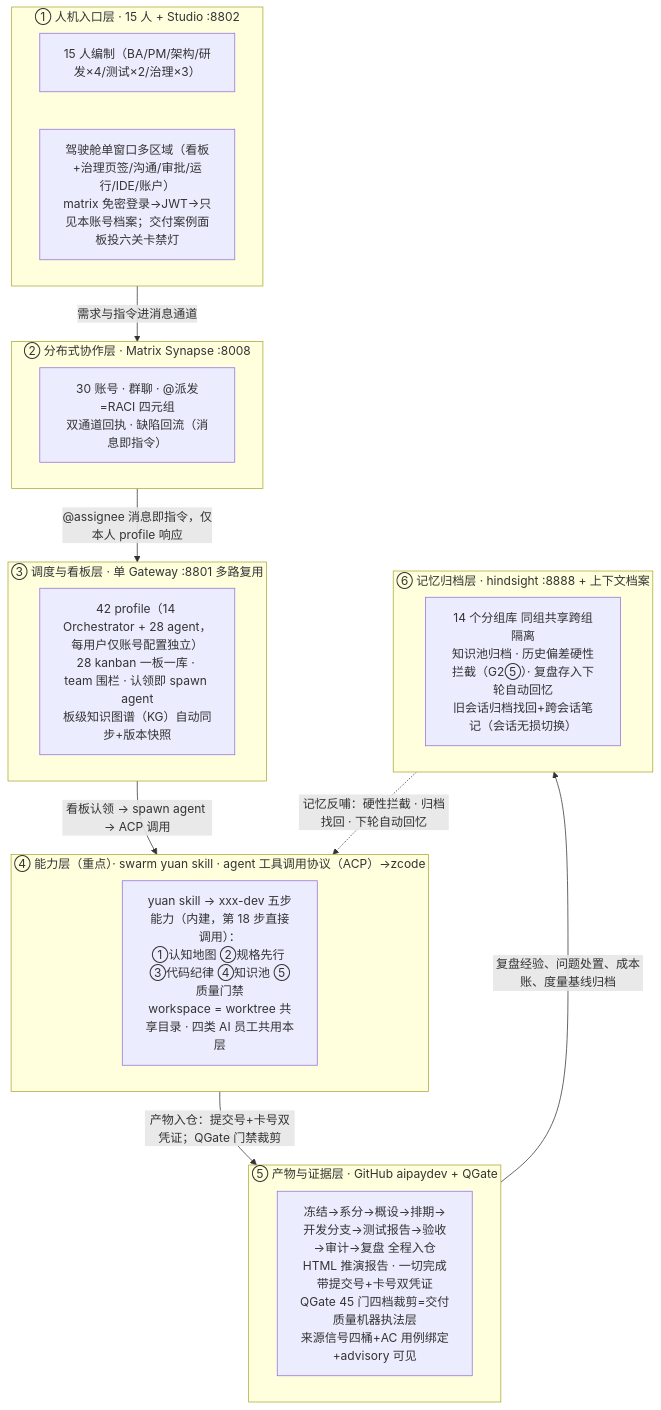
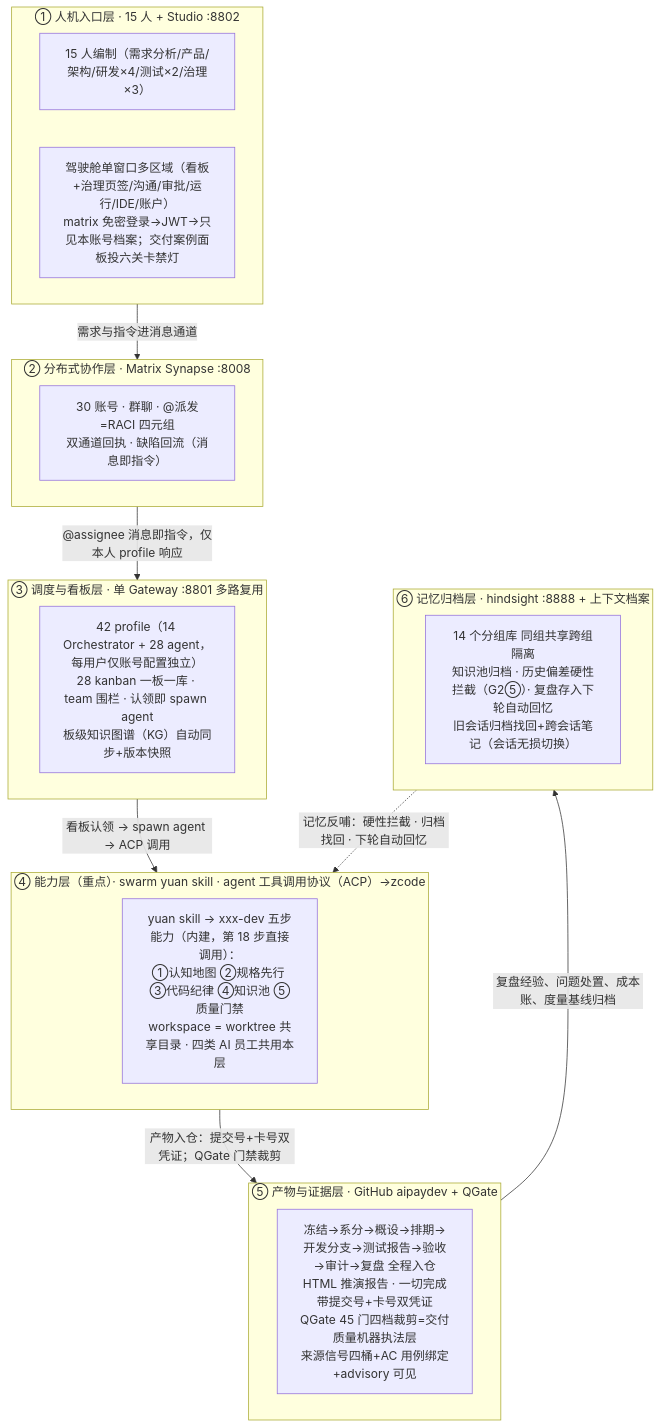
The third of 4 diagrams in docs/superpowers/specs/2026-10-05-mux-v8-fullflow-plan.md (issac-new/SwarmStudio), drawn with Mermaid before and after one commit. The commit also changed other lines of this file, not shown here.

````diff
--- a/docs/superpowers/specs/2026-10-05-mux-v8-fullflow-plan.md
+++ b/docs/superpowers/specs/2026-10-05-mux-v8-fullflow-plan.md
@@ -187,28 +187,28 @@
 ```mermaid
 graph TB
     subgraph L1["① 人机入口层 · 15 人 + Studio :8802"]
-        U["15 人编制（BA/PM/架构/研发×4/测试×2/治理×3）"]
+        U["15 人编制（需求分析/产品/架构/研发×4/测试×2/治理×3）"]
         ST["驾驶舱单窗口多区域（看板+治理页签/沟通/审批/运行/IDE/账户）<br/>matrix 免密登录→JWT→只见本账号档案；交付案例面板投六关卡禁灯"]
     end
     subgraph L2["② 分布式协作层 · Matrix Synapse :8008"]
         MX["30 账号 · 群聊 · @派发=RACI 四元组<br/>双通道回执 · 缺陷回流（消息即指令）"]
     end
     subgraph L3["③ 调度与看板层 · 单 Gateway :8801 多路复用"]
         GW["42 profile（14 Orchestrator + 28 agent，每用户仅账号配置独立）<br/>28 kanban 一板一库 · team 围栏 · 认领即 spawn agent<br/>板级知识图谱（KG）自动同步+版本快照"]
     end
     subgraph L4["④ 能力层（重点）· swarm yuan skill · agent 工具调用协议（ACP）→zcode"]
         SK["yuan skill → xxx-dev 五步能力（内建，第 18 步直接调用）：<br/>①认知地图 ②规格先行 ③代码纪律 ④知识池 ⑤质量门禁<br/>workspace = worktree 共享目录 · 四类 AI 员工共用本层"]
     end
     subgraph L5["⑤ 产物与证据层 · GitHub aipaydev + QGate"]
         ART["冻结→系分→概设→排期→开发分支→测试报告→验收→审计→复盘 全程入仓<br/>HTML 推演报告 · 一切完成带提交号+卡号双凭证<br/>QGate 45 门四档裁剪=交付质量机器执法层<br/>来源信号四桶+AC 用例绑定+advisory 可见"]
     end
     subgraph L6["⑥ 记忆归档层 · hindsight :8888 + 上下文档案"]
         MEM["14 个分组库 同组共享跨组隔离<br/>知识池归档 · 历史偏差硬性拦截（G2⑤）· 复盘存入下轮自动回忆<br/>旧会话归档找回+跨会话笔记（会话无损切换）"]
     end
     L1 -->|"需求与指令进消息通道"| L2
     L2 -->|"@assignee 消息即指令，仅本人 profile 响应"| L3
     L3 -->|"看板认领 → spawn agent → ACP 调用"| L4
     L4 -->|"产物入仓：提交号+卡号双凭证；QGate 门禁裁剪"| L5
     L5 -->|"复盘经验、问题处置、成本账、度量基线归档"| L6
     L6 -.->|"记忆反哺：硬性拦截 · 归档找回 · 下轮自动回忆"| L4
 ```
````
